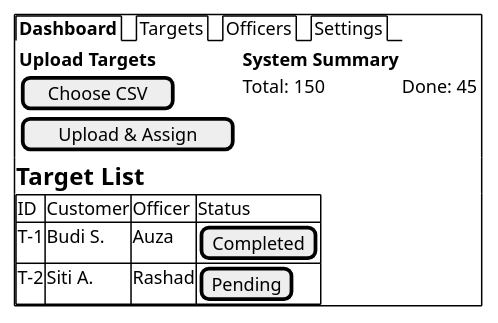
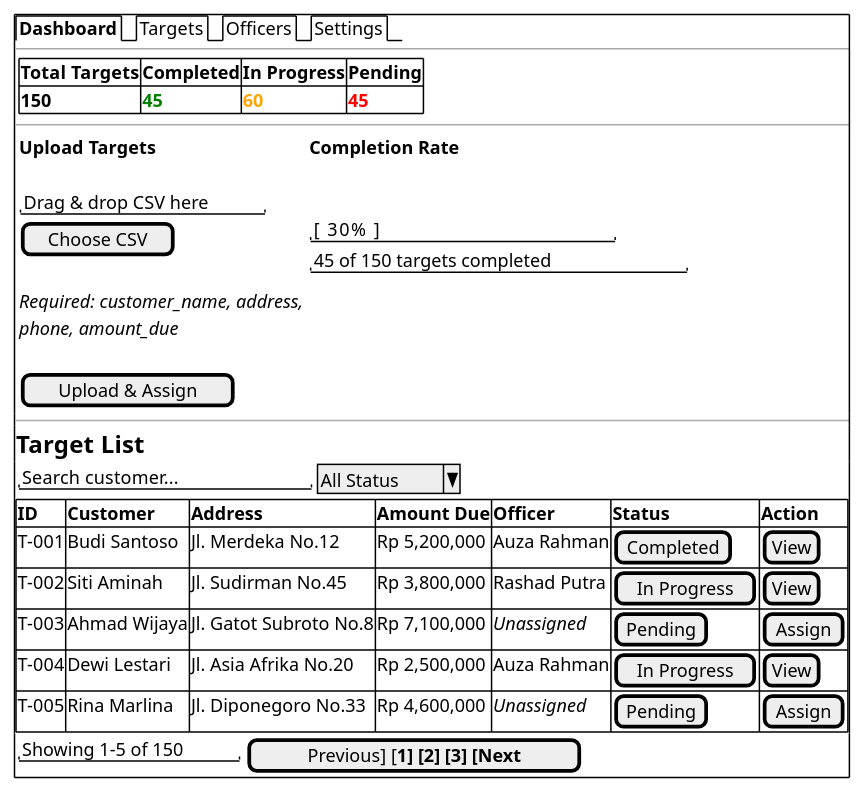
The diagram in uml/02_mockup_web_admin.puml (asn95/desktop-tutorial), drawn with PlantUML before and after one commit. The commit also changed 3 other files, not shown here.

```diff
--- a/uml/02_mockup_web_admin.puml
+++ b/uml/02_mockup_web_admin.puml
@@ -1,21 +1,52 @@
 @startsalt
 {+
   {/ <b>Dashboard | Targets | Officers | Settings }
+  ---
+  {
+    {
+      {#
+        <b>Total Targets | <b>Completed | <b>In Progress | <b>Pending
+        <b>150           | <color:green><b>45</color> | <color:orange><b>60</color> | <color:red><b>45</color>
+      }
+    }
+  }
+  ---
   {
     {
       <b>Upload Targets
+      .
+      "Drag & drop CSV here"
       [ Choose CSV ]
+      .
+      <i>Required: customer_name, address,
+      <i>phone, amount_due
+      .
       [ Upload & Assign ]
     } | {
-      <b>System Summary
-      Total: 150 | Done: 45
+      <b>Completion Rate
+      .
+      .
+      "        [  30%  ]        "
+      "  45 of 150 targets completed  "
+      .
+      .
     }
   }
+  ---
   == <b>Target List
+  {
+    "Search customer...      " | ^All Status^
+  }
   {#
-    ID | Customer | Officer | Status
-    T-1 | Budi S.  | Auza    | [Completed]
-    T-2 | Siti A.  | Rashad  | [Pending]
+    <b>ID  | <b>Customer     | <b>Address               | <b>Amount Due  | <b>Officer     | <b>Status      | <b>Action
+    T-001 | Budi Santoso    | Jl. Merdeka No.12       | Rp 5,200,000  | Auza Rahman   | [Completed]   | [View]
+    T-002 | Siti Aminah     | Jl. Sudirman No.45      | Rp 3,800,000  | Rashad Putra  | [In Progress] | [View]
+    T-003 | Ahmad Wijaya    | Jl. Gatot Subroto No.8  | Rp 7,100,000  | <i>Unassigned  | [Pending]     | [Assign]
+    T-004 | Dewi Lestari    | Jl. Asia Afrika No.20   | Rp 2,500,000  | Auza Rahman   | [In Progress] | [View]
+    T-005 | Rina Marlina    | Jl. Diponegoro No.33    | Rp 4,600,000  | <i>Unassigned  | [Pending]     | [Assign]
+  }
+  {
+    "Showing 1-5 of 150" | [Previous] [<b>1] [2] [3] [Next]
   }
 }
 @endsalt
```
